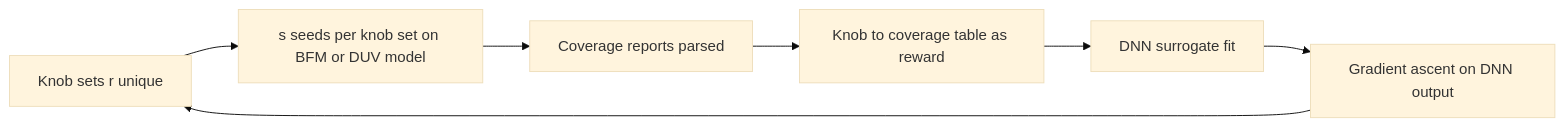
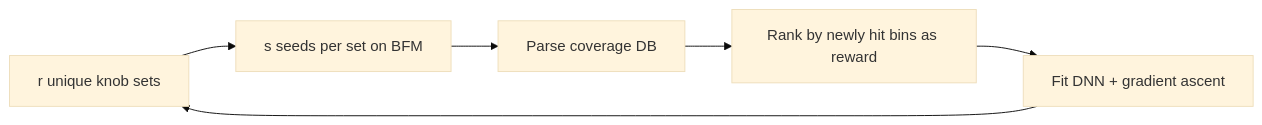
Before and after one commit to nemo99007/yt-paper: the diagram in docs/papers/ref-20261018-cee6-stimulus-diversification-and-coverage-closure-of-3d-nand-fla.md, drawn with Mermaid (base theme). The commit also changed other lines of this file and 172 other files, not shown here.

````diff
--- a/docs/papers/ref-20261018-cee6-stimulus-diversification-and-coverage-closure-of-3d-nand-fla.md
+++ b/docs/papers/ref-20261018-cee6-stimulus-diversification-and-coverage-closure-of-3d-nand-fla.md
@@ -186,9 +212,8 @@
 ```mermaid
 flowchart LR
-    A[Knob sets r unique] --> B[s seeds per knob set on BFM or DUV model]
-    B --> C[Coverage reports parsed]
-    C --> D[Knob to coverage table as reward]
-    D --> E[DNN surrogate fit]
-    E --> F[Gradient ascent on DNN output]
-    F --> A
+  A[r unique knob sets] --> B[s seeds per set on BFM]
+  B --> C[Parse coverage DB]
+  C --> D[Rank by newly hit bins as reward]
+  D --> E[Fit DNN + gradient ascent]
+  E --> A
 ```
````
